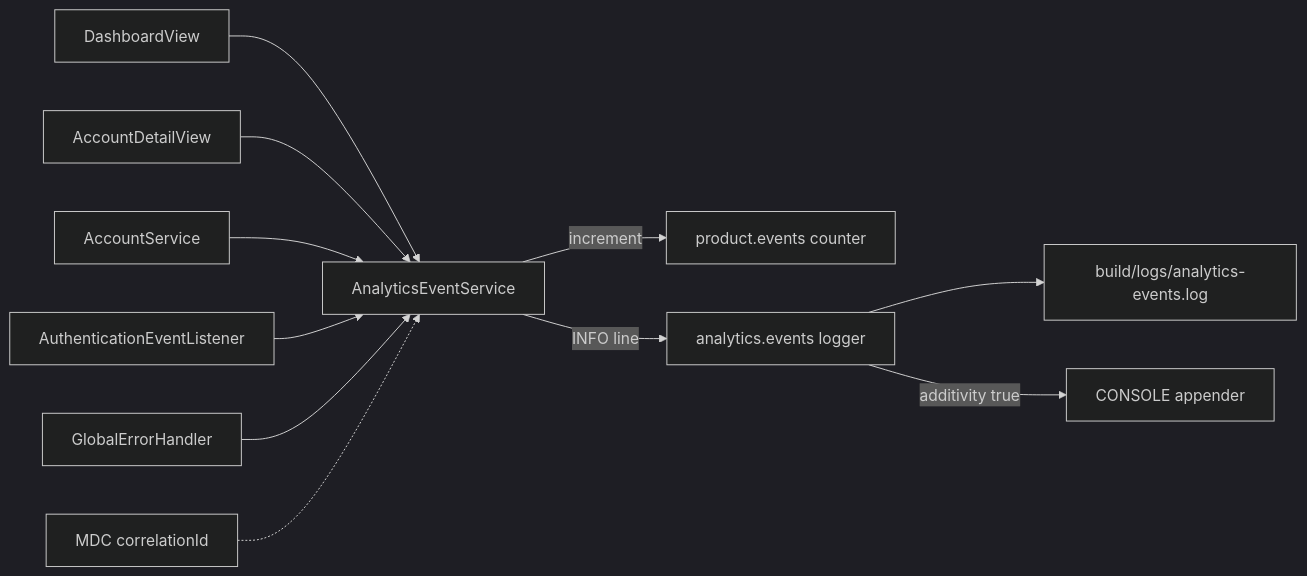
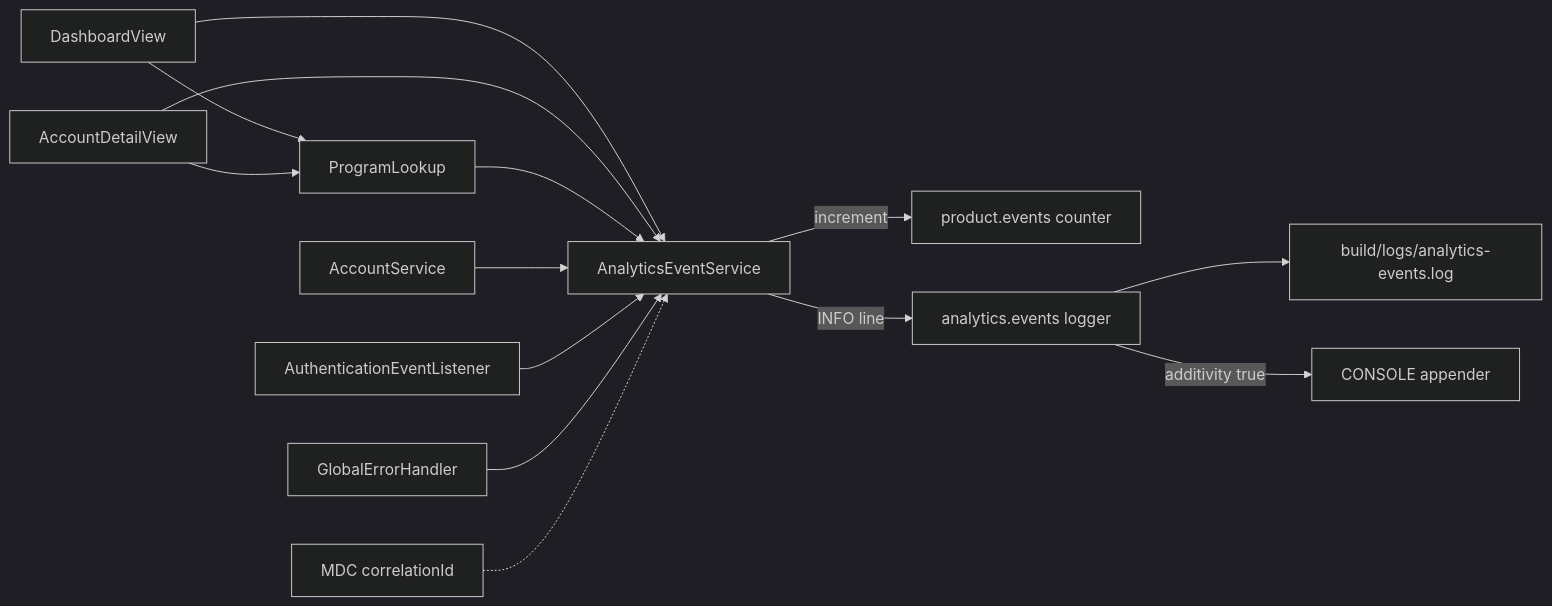
Before and after one commit to factory-aj-pahl/mockingbird-bank: the diagram in droid-wiki/systems/analytics.md, drawn with Mermaid (dark theme). The commit also changed other lines of this file and 78 other files, not shown here.

````diff
--- a/droid-wiki/systems/analytics.md
+++ b/droid-wiki/systems/analytics.md
@@ -42,13 +42,16 @@
 ```mermaid
 graph LR
     Dash[DashboardView] --> AES[AnalyticsEventService]
     Detail[AccountDetailView] --> AES
+    Dash --> Lookup[ProgramLookup]
+    Detail --> Lookup
+    Lookup --> AES
     Acct[AccountService] --> AES
     Auth[AuthenticationEventListener] --> AES
     GEH[GlobalErrorHandler] --> AES
     AES -->|increment| Counter[product.events counter]
     AES -->|INFO line| Logger[analytics.events logger]
     Logger --> File[build/logs/analytics-events.log]
     Logger -->|additivity true| Console[CONSOLE appender]
     MDC[MDC correlationId] -.-> AES
 ```
````
